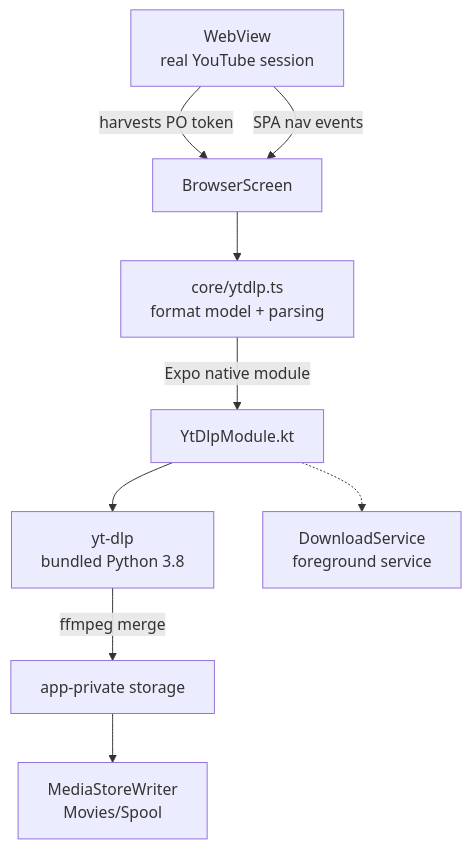
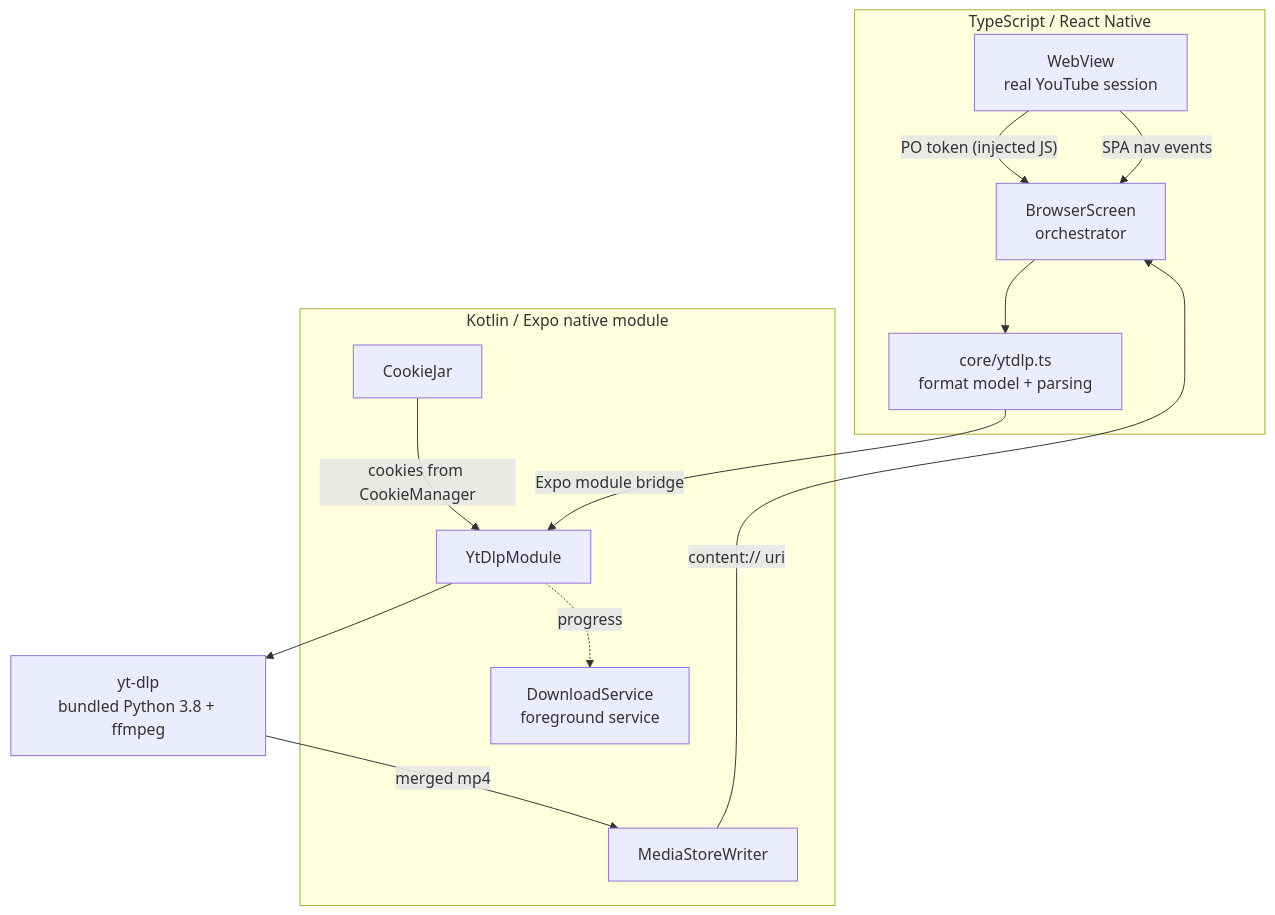
The diagram in README.md (pardeepsinghverma/Spool), drawn with Mermaid before and after one commit. The commit also changed other lines of this file and 2 other files, not shown here.

First line of the commit message:
Hand the browser session to yt-dlp, and document the whole project

````diff
--- a/README.md
+++ b/README.md
@@ -26,11 +59,27 @@
 ```mermaid
 flowchart TD
-    A[WebView<br/>real YouTube session] -->|harvests PO token| B[BrowserScreen]
-    A -->|SPA nav events| B
-    B --> C[core/ytdlp.ts<br/>format model + parsing]
-    C -->|Expo native module| D[YtDlpModule.kt]
-    D --> E[yt-dlp<br/>bundled Python 3.8]
-    E -->|ffmpeg merge| F[app-private storage]
-    F --> G[MediaStoreWriter<br/>Movies/Spool]
-    D -.-> H[DownloadService<br/>foreground service]
+    subgraph JS["TypeScript / React Native"]
+        WV["WebView<br/>real YouTube session"]
+        BS["BrowserScreen<br/>orchestrator"]
+        YT["core/ytdlp.ts<br/>format model + parsing"]
+    end
+
+    subgraph Native["Kotlin / Expo native module"]
+        MOD["YtDlpModule"]
+        CJ["CookieJar"]
+        SVC["DownloadService<br/>foreground service"]
+        MS["MediaStoreWriter"]
+    end
+
+    ENG["yt-dlp<br/>bundled Python 3.8 + ffmpeg"]
+
+    WV -->|"PO token (injected JS)"| BS
+    WV -->|"SPA nav events"| BS
+    BS --> YT
+    YT -->|"Expo module bridge"| MOD
+    CJ -->|"cookies from CookieManager"| MOD
+    MOD --> ENG
+    MOD -.->|"progress"| SVC
+    ENG -->|"merged mp4"| MS
+    MS -->|"content:// uri"| BS
 ```
````
